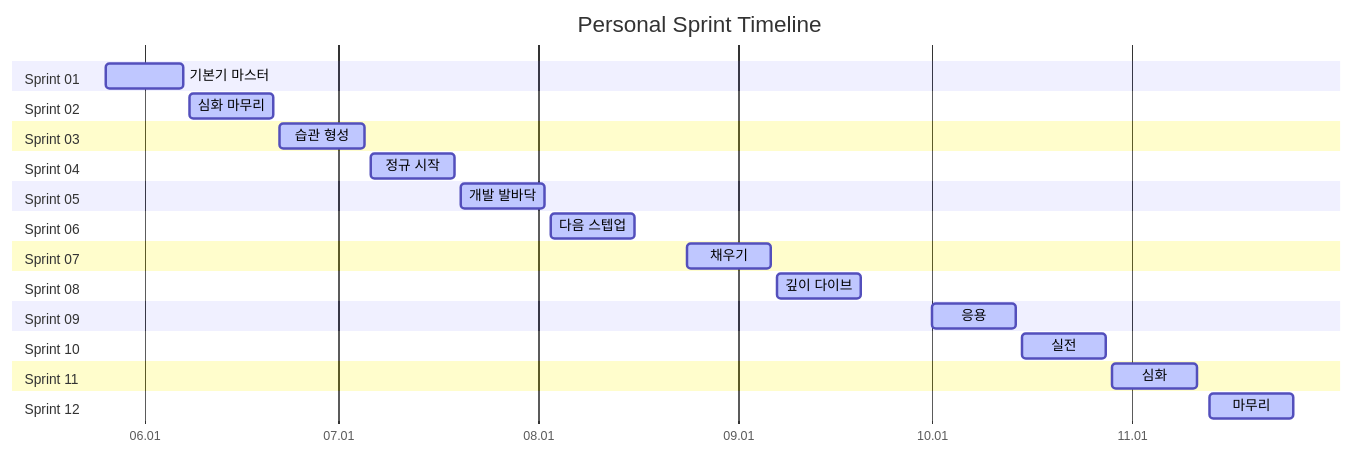
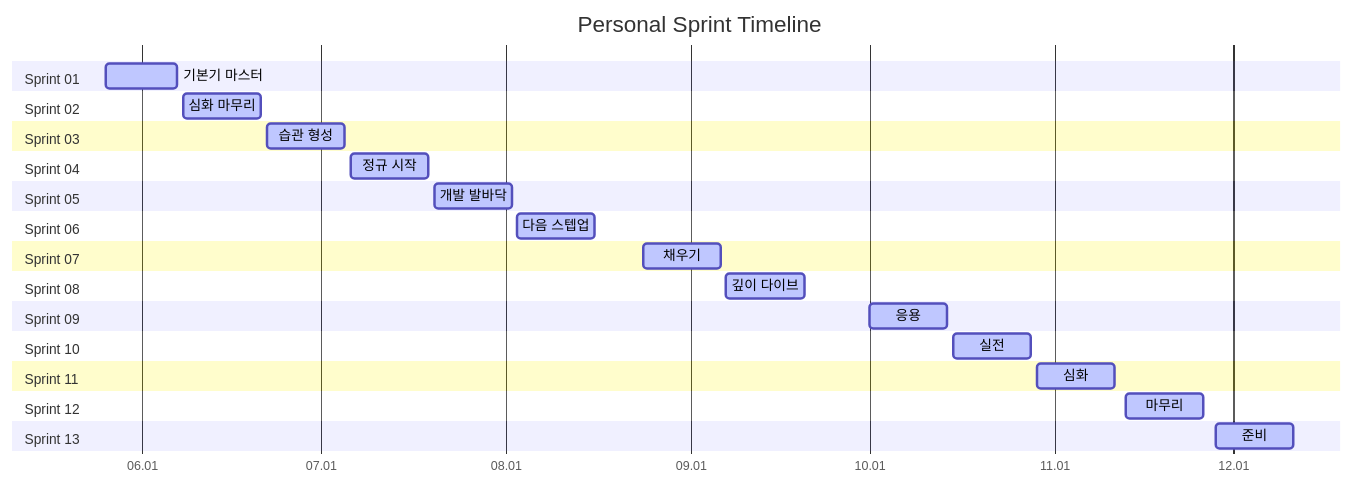
One commit to Vryez11/personal-sprint changed the diagram in README.md. Above: the diagram before and after it, drawn with Mermaid. The commit also changed other lines of this file and 2 other files, not shown here.

Commit message:
sprint13: sprint 틀 작성

````diff
--- a/README.md
+++ b/README.md
@@ -12,30 +12,32 @@
 ```mermaid
 gantt
     title Personal Sprint Timeline
     dateFormat YYYY-MM-DD
     axisFormat %m.%d
     section Sprint 01
     기본기 마스터 :active, s1, 2026-05-26, 2026-06-07
     section Sprint 02
     심화 마무리 :active, s2, 2026-06-08, 2026-06-21
     section Sprint 03
     습관 형성 :active, s3, 2026-06-22, 2026-07-05
     section Sprint 04
     정규 시작 :active, s4, 2026-07-06, 2026-07-19
     section Sprint 05
     개발 발바닥 :active, s5, 2026-07-20, 2026-08-02
     section Sprint 06
     다음 스텝업 :active, s6, 2026-08-03, 2026-08-16
     section Sprint 07
     채우기 :active, s7, 2026-08-24, 2026-09-06
     section Sprint 08
     깊이 다이브 :active, s8, 2026-09-07, 2026-09-20
     section Sprint 09
     응용 :active, s9, 2026-10-01, 2026-10-14
     section Sprint 10
     실전 :active, s10, 2026-10-15, 2026-10-28
     section Sprint 11
     심화 :active, s11, 2026-10-29, 2026-11-11
     section Sprint 12
     마무리 :active, s12, 2026-11-13, 2026-11-26
+    section Sprint 13
+    준비 :active, s13, 2026-11-28, 2026-12-11
 ```
````
